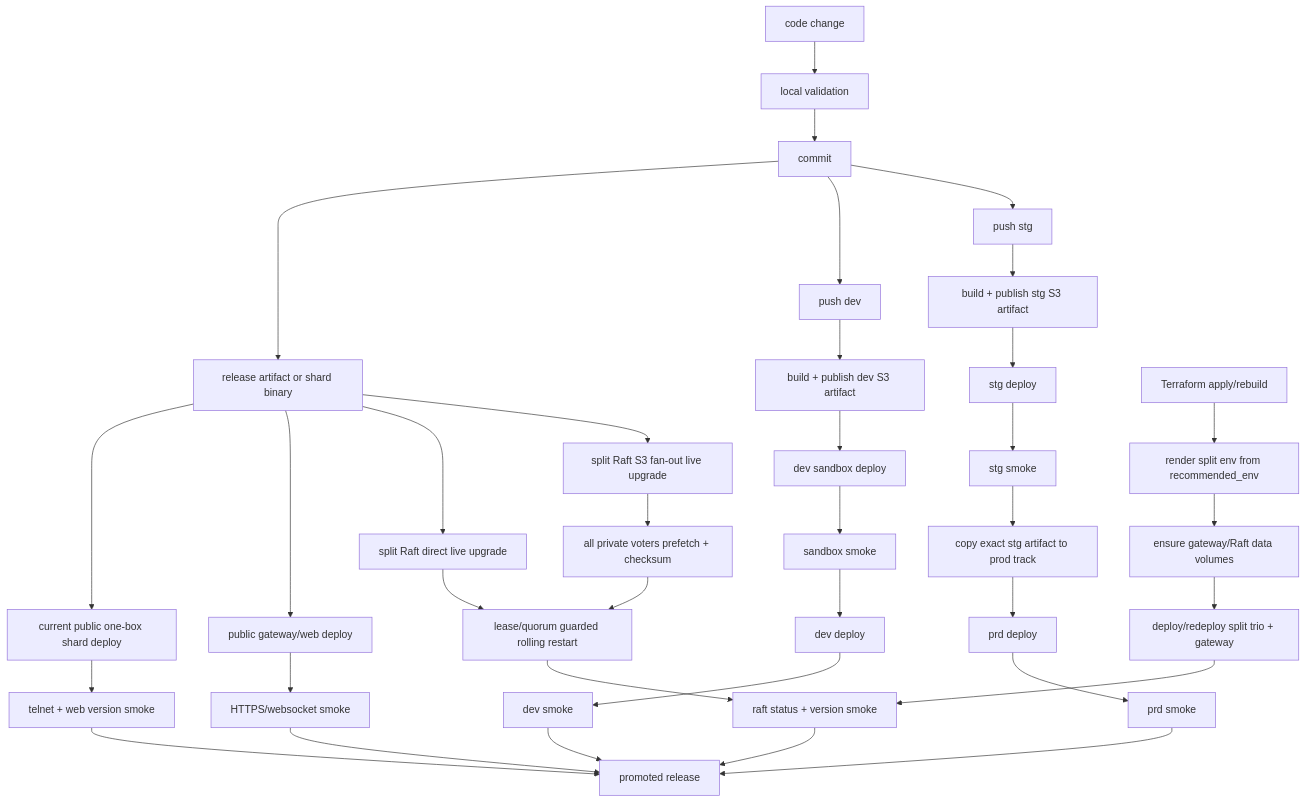
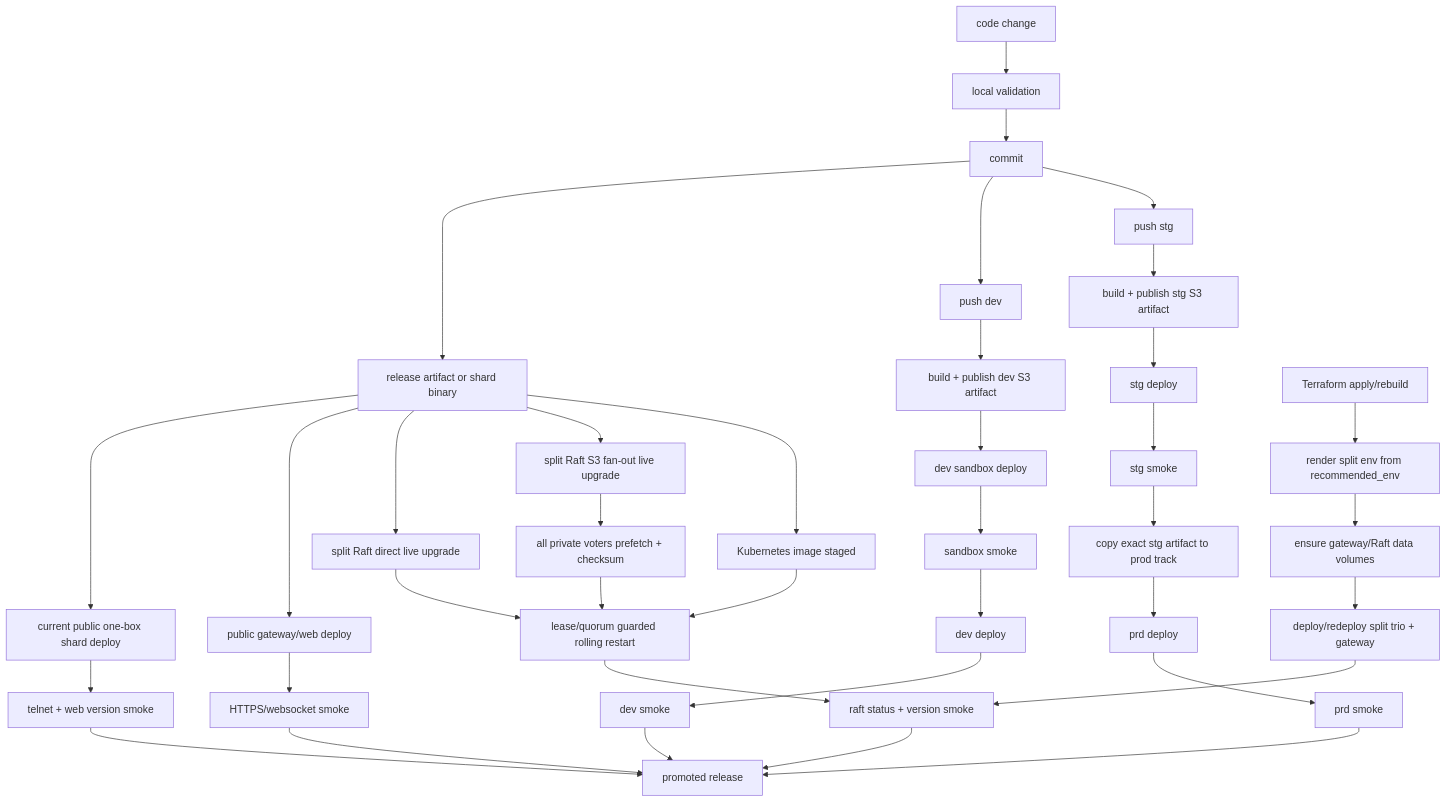
One commit to fanzynoodle/slopmud changed the diagram in docs/deployment_stories.md. Above: the diagram before and after it, drawn with Mermaid. The commit also changed other lines of this file and 8 other files, not shown here.

````diff
--- a/docs/deployment_stories.md
+++ b/docs/deployment_stories.md
@@ -11,45 +11,47 @@
 ```mermaid
 flowchart TD
   code[code change] --> local[local validation]
   local --> commit[commit]
   commit --> artifact[release artifact or shard binary]
 
   artifact --> onebox[current public one-box shard deploy]
   onebox --> oneboxSmoke[telnet + web version smoke]
 
   artifact --> web[public gateway/web deploy]
   web --> webSmoke[HTTPS/websocket smoke]
 
   commit --> pushDev[push dev]
   commit --> pushStg[push stg]
   pushDev --> devArtifact[build + publish dev S3 artifact]
   pushStg --> stgArtifact[build + publish stg S3 artifact]
   devArtifact --> sandbox[dev sandbox deploy]
   sandbox --> sandboxSmoke[sandbox smoke]
   sandboxSmoke --> devDeploy[dev deploy]
   devDeploy --> devSmoke[dev smoke]
 
   stgArtifact --> stgDeploy[stg deploy]
   stgDeploy --> stgSmoke[stg smoke]
   stgSmoke --> promoteCopy[copy exact stg artifact to prod track]
   promoteCopy --> prodDeploy[prd deploy]
   prodDeploy --> prodSmoke[prd smoke]
 
   artifact --> splitDirect[split Raft direct live upgrade]
   artifact --> splitS3[split Raft S3 fan-out live upgrade]
+  artifact --> k8sStage[Kubernetes image staged]
   splitS3 --> prefetch[all private voters prefetch + checksum]
   splitDirect --> roll[lease/quorum guarded rolling restart]
   prefetch --> roll
+  k8sStage --> roll
   roll --> raftSmoke[raft status + version smoke]
 
   tf[Terraform apply/rebuild] --> render[render split env from recommended_env]
   render --> volumes[ensure gateway/Raft data volumes]
   volumes --> splitDeploy[deploy/redeploy split trio + gateway]
   splitDeploy --> raftSmoke
 
   oneboxSmoke --> promoted[promoted release]
   webSmoke --> promoted
   devSmoke --> promoted
   prodSmoke --> promoted
   raftSmoke --> promoted
 ```
````
